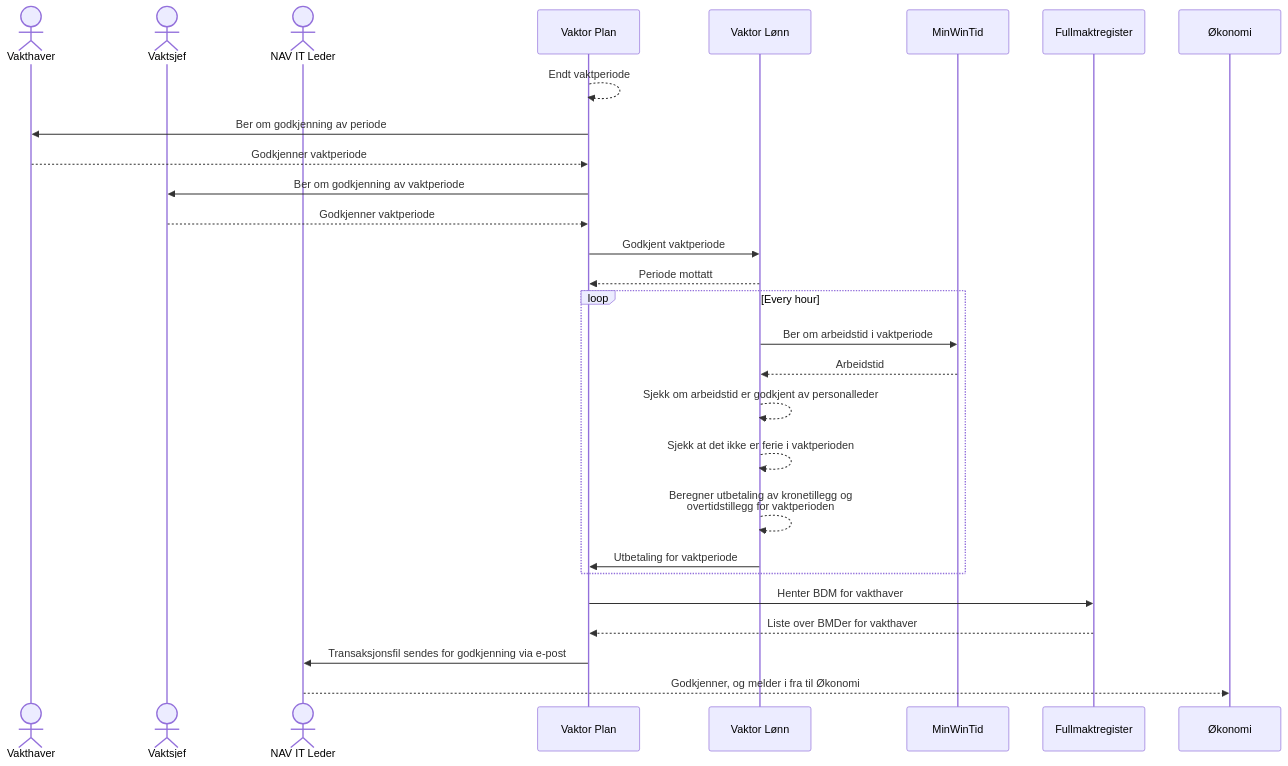
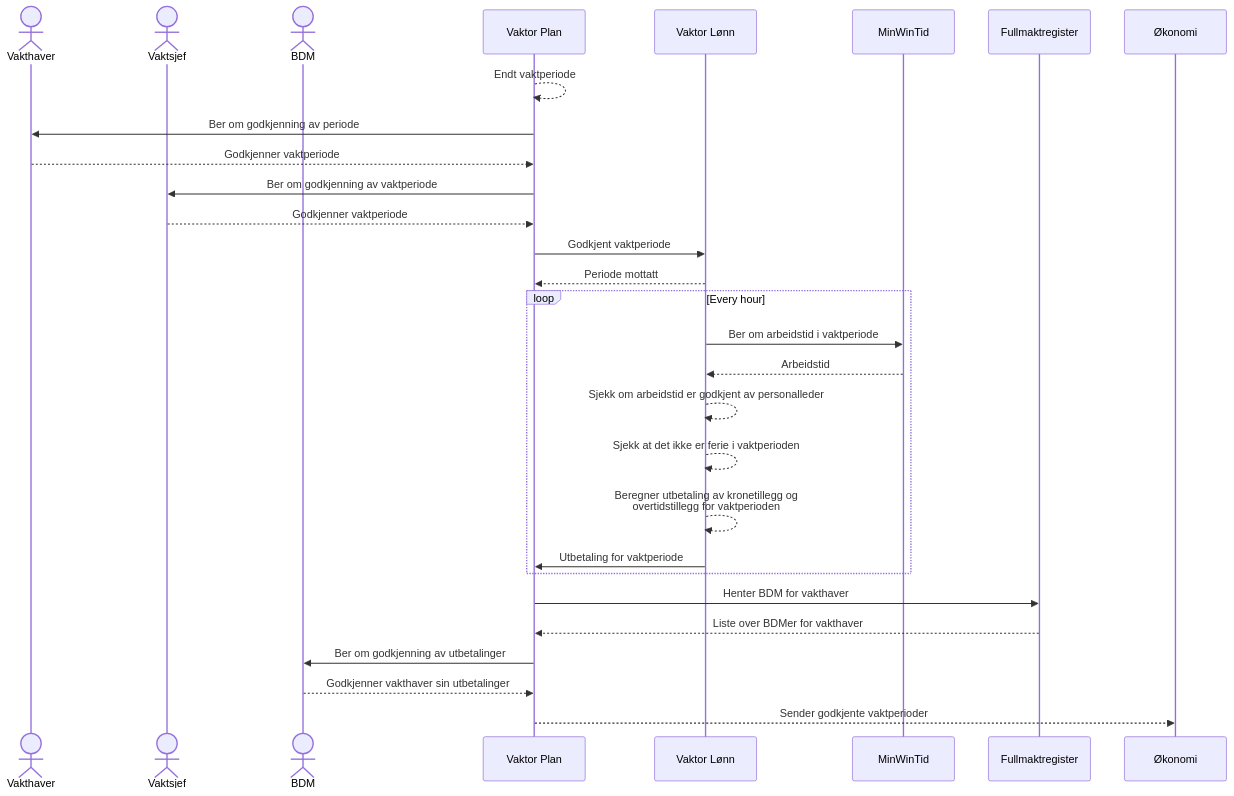
The first of 2 diagrams in README.md (navikt/vaktor-lonn), drawn with Mermaid before and after one commit.

Commit message:
doc: BDM all the way

````diff
--- a/README.md
+++ b/README.md
@@ -8,27 +8,28 @@
 ```mermaid
 sequenceDiagram
 actor Vakthaver
 actor Vaktsjef
-actor leder as NAV IT Leder
+actor BDM
 participant Plan as Vaktor Plan
 participant Lønn as Vaktor Lønn
 Plan-->>Plan: Endt vaktperiode
 Plan->>Vakthaver: Ber om godkjenning av periode
 Vakthaver-->>Plan: Godkjenner vaktperiode
 Plan->>Vaktsjef: Ber om godkjenning av vaktperiode
 Vaktsjef-->>Plan: Godkjenner vaktperiode
 Plan->>Lønn: Godkjent vaktperiode
 Lønn-->>Plan: Periode mottatt
 loop Every hour
   Lønn->>MinWinTid: Ber om arbeidstid i vaktperiode
   MinWinTid-->>Lønn: Arbeidstid
   Lønn-->>Lønn: Sjekk om arbeidstid er godkjent av personalleder
   Lønn-->>Lønn: Sjekk at det ikke er ferie i vaktperioden
   Lønn-->>Lønn: Beregner utbetaling av kronetillegg og<br/>overtidstillegg for vaktperioden
   Lønn->>Plan: Utbetaling for vaktperiode
 end
 Plan->>Fullmaktregister: Henter BDM for vakthaver
-Fullmaktregister-->>Plan: Liste over BMDer for vakthaver
-Plan->>leder: Transaksjonsfil sendes for godkjenning via e-post
-leder-->>Økonomi: Godkjenner, og melder i fra til Økonomi
+Fullmaktregister-->>Plan: Liste over BDMer for vakthaver
+Plan->>BDM: Ber om godkjenning av utbetalinger
+BDM-->>Plan: Godkjenner vakthaver sin utbetalinger
+Plan-->>Økonomi: Sender godkjente vaktperioder
 ```
````
